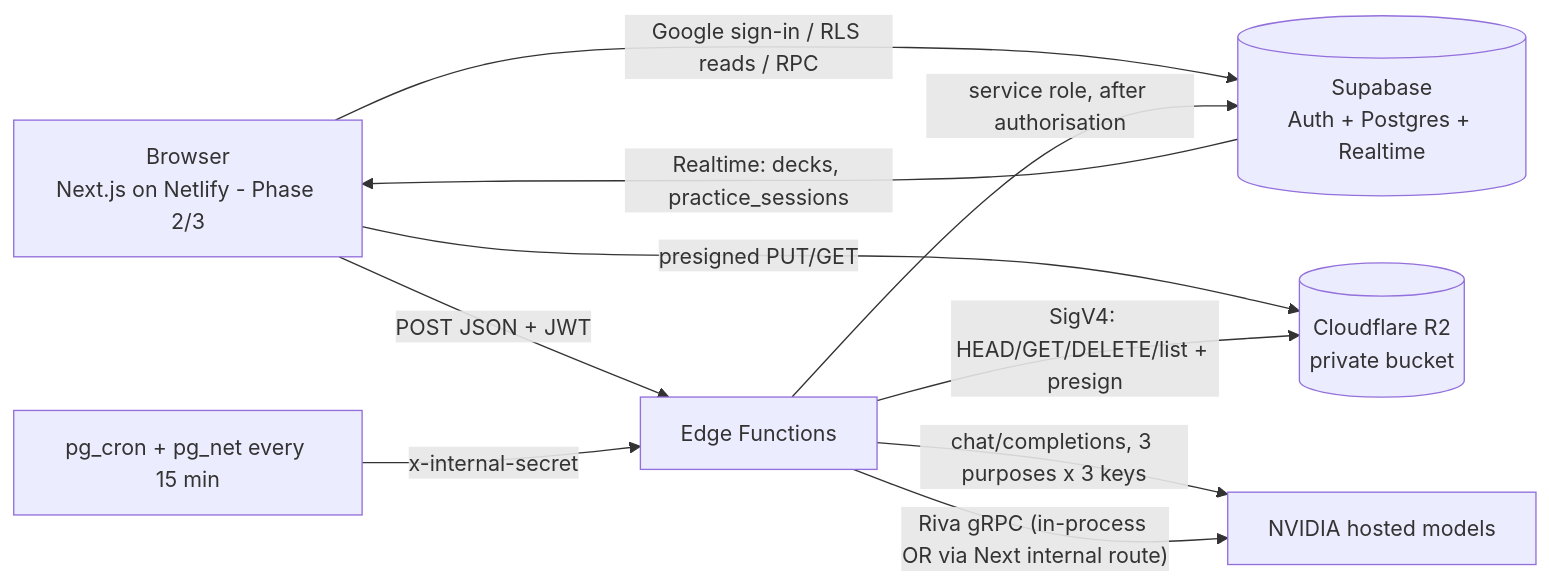
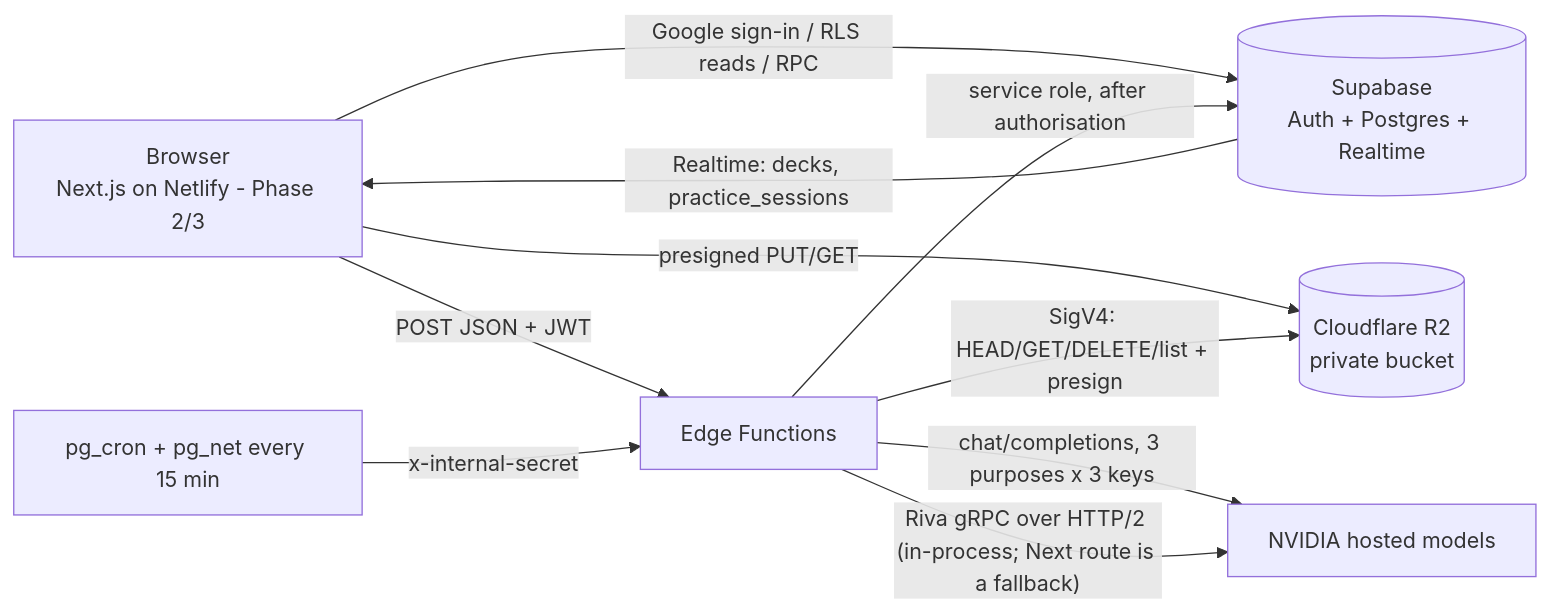
Before and after one commit to DubbakaSathwik/Mock2pitch: the first of 3 diagrams in docs/phase-1/architecture.md, drawn with Mermaid. The commit also changed 7 other files, not shown here.

````diff
--- a/docs/phase-1/architecture.md
+++ b/docs/phase-1/architecture.md
@@ -4,12 +4,12 @@
 ```mermaid
 flowchart LR
   B[Browser<br/>Next.js on Netlify - Phase 2/3] -- Google sign-in / RLS reads / RPC --> S[(Supabase<br/>Auth + Postgres + Realtime)]
   B -- POST JSON + JWT --> F[Edge Functions]
   B -- presigned PUT/GET --> R[(Cloudflare R2<br/>private bucket)]
   F -- service role, after authorisation --> S
   F -- SigV4: HEAD/GET/DELETE/list + presign --> R
   F -- chat/completions, 3 purposes x 3 keys --> N[NVIDIA hosted models]
-  F -- Riva gRPC (in-process OR via Next internal route) --> N
+  F -- Riva gRPC over HTTP/2 (in-process; Next route is a fallback) --> N
   C[pg_cron + pg_net every 15 min] -- x-internal-secret --> F
   S -- Realtime: decks, practice_sessions --> B
 ```
````
